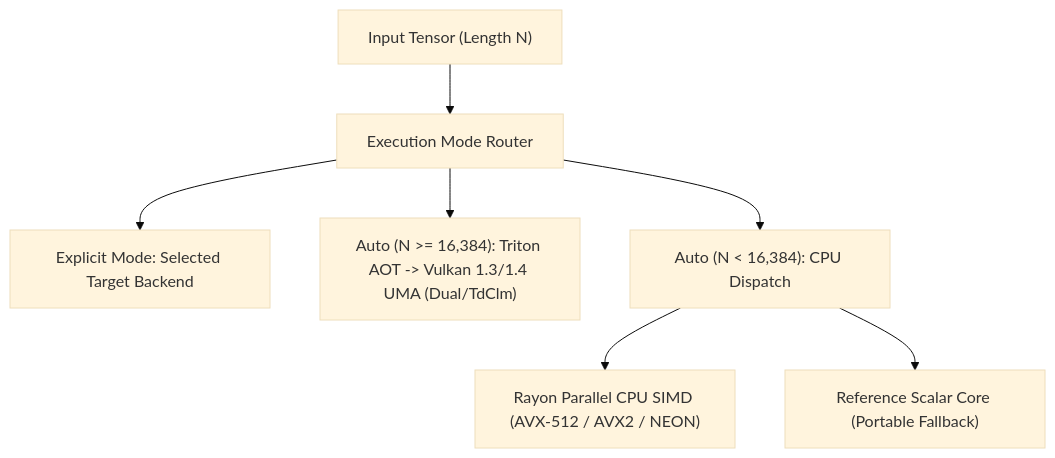
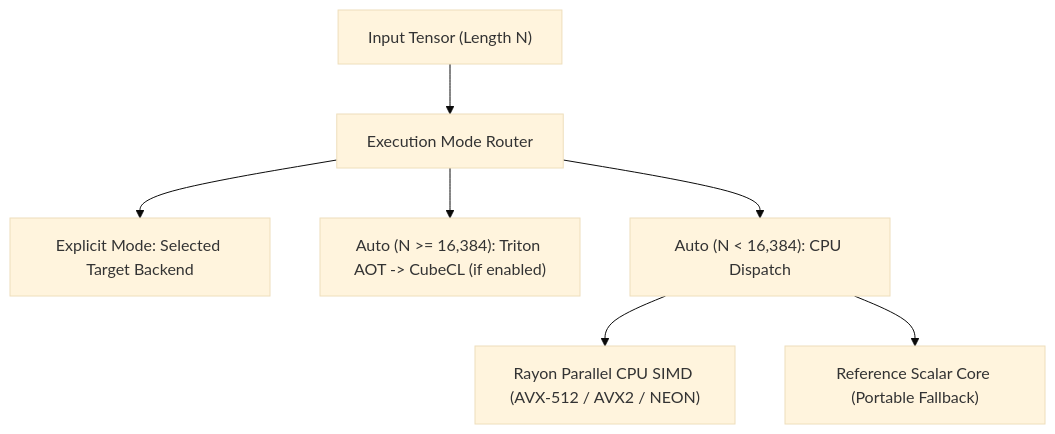
Before and after one commit to cloverx-id/luminamoon: the second of 2 diagrams in docs/optimize/dispatch/README.md, drawn with Mermaid (base theme). The commit also changed other lines of this file and 49 other files, not shown here.

````diff
--- a/docs/optimize/dispatch/README.md
+++ b/docs/optimize/dispatch/README.md
@@ -27,9 +27,9 @@
 ```mermaid
 flowchart TD
     Input["Input Tensor (Length N)"] --> Router["Execution Mode Router"]
     Router --> Manual["Explicit Mode: Selected Target Backend"]
-    Router --> Vulkan["Auto (N >= 16,384): Triton AOT -> Vulkan 1.3/1.4 UMA (Dual/TdClm)"]
+    Router --> GPU["Auto (N >= 16,384): Triton AOT -> CubeCL (if enabled)"]
     Router --> CPU["Auto (N < 16,384): CPU Dispatch"]
     CPU --> SIMD["Rayon Parallel CPU SIMD (AVX-512 / AVX2 / NEON)"]
     CPU --> Scalar["Reference Scalar Core (Portable Fallback)"]
 ```
````
